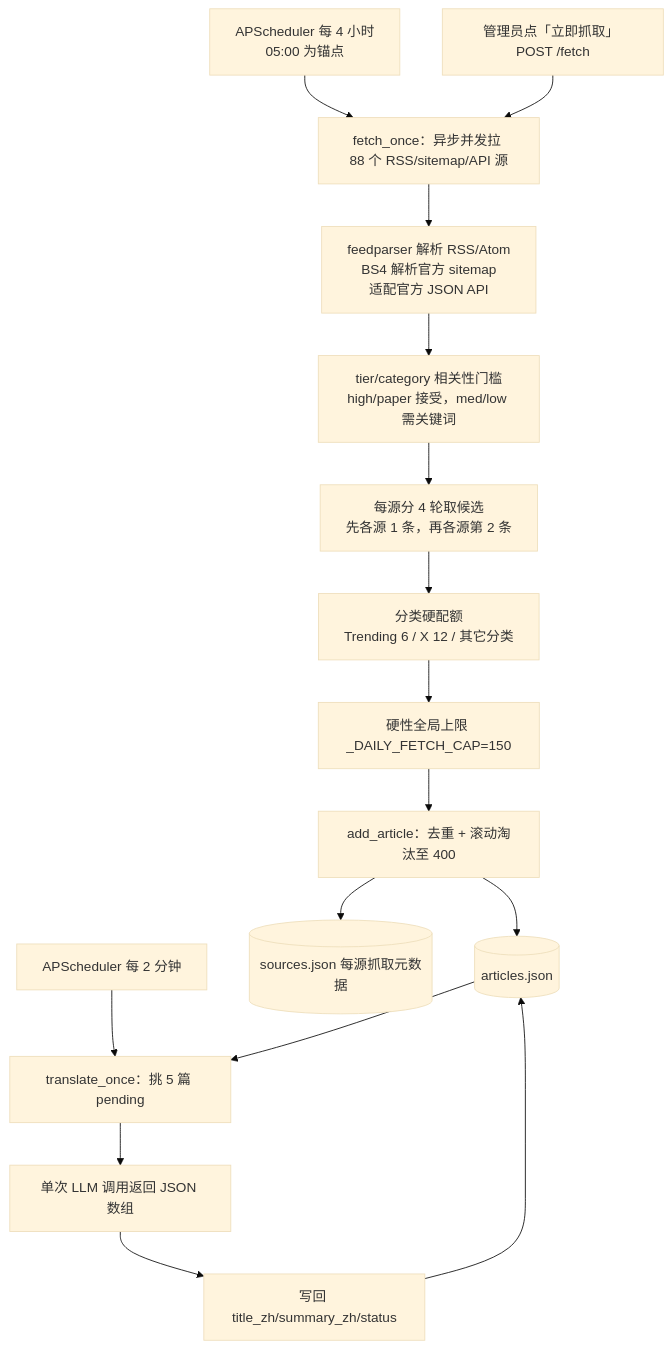
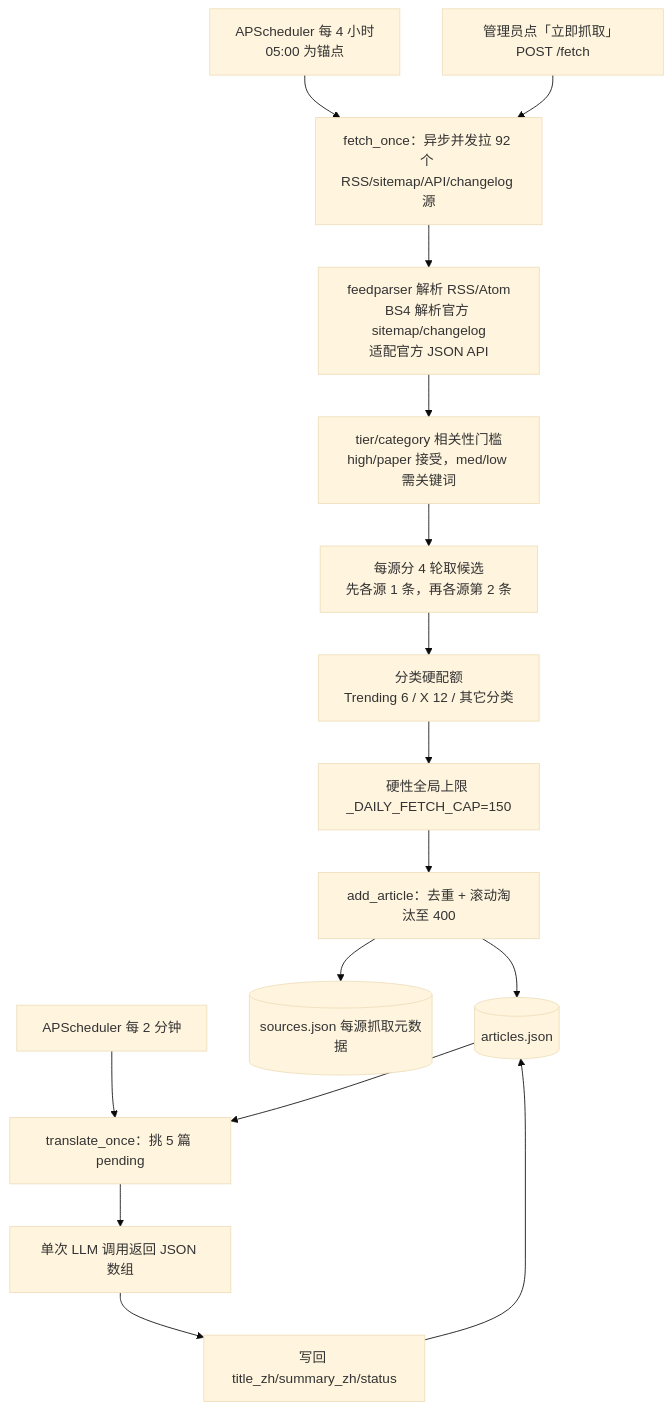
One commit to nikefd/ai-frontier-agent changed the diagram in llmdoc/architecture/rss-pipeline-architecture.md. Above: the diagram before and after it, drawn with Mermaid (base theme). The commit also changed other lines of this file and 9 other files, not shown here.

````diff
--- a/llmdoc/architecture/rss-pipeline-architecture.md
+++ b/llmdoc/architecture/rss-pipeline-architecture.md
@@ -10,20 +10,20 @@
 ```mermaid
 flowchart TD
   cron[APScheduler 每 4 小时<br/>05:00 为锚点] --> fetch
   manual[管理员点「立即抓取」 POST /fetch] --> fetch
-  fetch[fetch_once：异步并发拉 88 个 RSS/sitemap/API 源]
-  fetch --> parse[feedparser 解析 RSS/Atom<br/>BS4 解析官方 sitemap<br/>适配官方 JSON API]
+  fetch[fetch_once：异步并发拉 92 个 RSS/sitemap/API/changelog 源]
+  fetch --> parse[feedparser 解析 RSS/Atom<br/>BS4 解析官方 sitemap/changelog<br/>适配官方 JSON API]
   parse --> gate[tier/category 相关性门槛<br/>high/paper 接受，med/low 需关键词]
   gate --> rounds[每源分 4 轮取候选<br/>先各源 1 条，再各源第 2 条]
   rounds --> category[分类硬配额<br/>Trending 6 / X 12 / 其它分类]
   category --> global[硬性全局上限 _DAILY_FETCH_CAP=150]
   global --> store[add_article：去重 + 滚动淘汰至 400]
   store --> articles[(articles.json)]
   store --> meta[(sources.json 每源抓取元数据)]
 
   tick[APScheduler 每 2 分钟] --> trans[translate_once：挑 5 篇 pending]
   articles --> trans
   trans --> llm[单次 LLM 调用返回 JSON 数组]
   llm --> writeback[写回 title_zh/summary_zh/status]
   writeback --> articles
 ```
````
